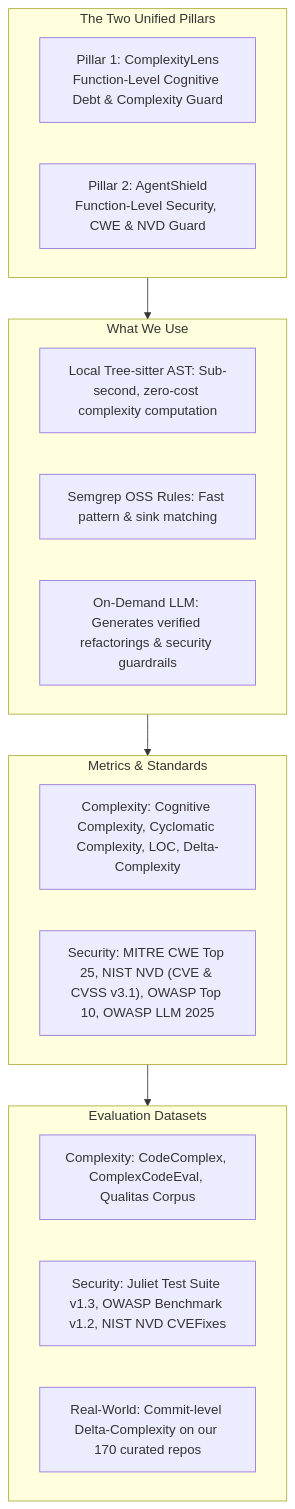
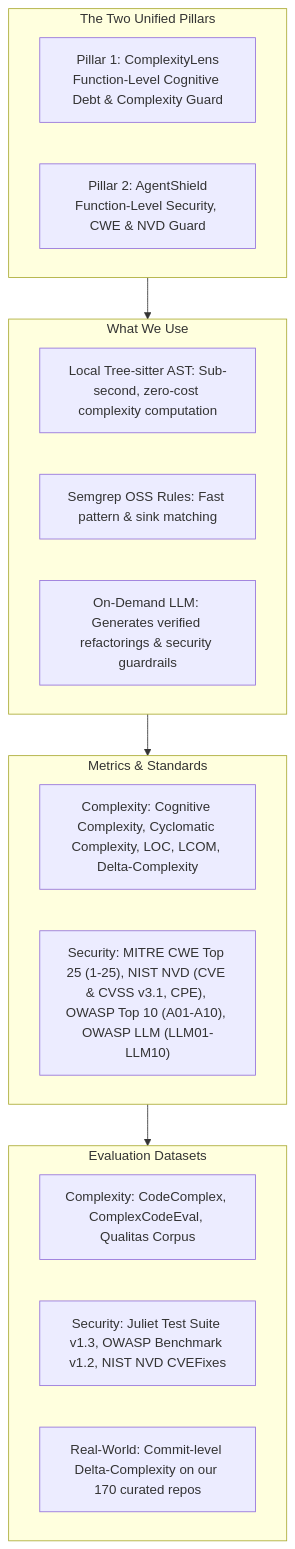
Before and after one commit to Fool-Penguin/Senior-Project: the fourth of 4 diagrams in 01_project_proposals/Final_Combined_Project_Specification.md, drawn with Mermaid. The commit also changed other lines of this file, not shown here.

Commit message:
docs: expand metrics suite, add technical methodology, and itemize CWE Top 25, NVD, and OWASP standards

````diff
--- a/01_project_proposals/Final_Combined_Project_Specification.md
+++ b/01_project_proposals/Final_Combined_Project_Specification.md
@@ -176,26 +287,26 @@
 ```mermaid
 flowchart TD
     subgraph CorePillars ["The Two Unified Pillars"]
         P1["Pillar 1: ComplexityLens<br/>Function-Level Cognitive Debt & Complexity Guard"]
         P2["Pillar 2: AgentShield<br/>Function-Level Security, CWE & NVD Guard"]
     end
 
     subgraph TheTech ["What We Use"]
         T1["Local Tree-sitter AST: Sub-second, zero-cost complexity computation"]
         T2["Semgrep OSS Rules: Fast pattern & sink matching"]
         T3["On-Demand LLM: Generates verified refactorings & security guardrails"]
     end
 
     subgraph TheMetrics ["Metrics & Standards"]
-        M1["Complexity: Cognitive Complexity, Cyclomatic Complexity, LOC, Delta-Complexity"]
-        M2["Security: MITRE CWE Top 25, NIST NVD (CVE & CVSS v3.1), OWASP Top 10, OWASP LLM 2025"]
+        M1["Complexity: Cognitive Complexity, Cyclomatic Complexity, LOC, LCOM, Delta-Complexity"]
+        M2["Security: MITRE CWE Top 25 (1-25), NIST NVD (CVE & CVSS v3.1, CPE), OWASP Top 10 (A01-A10), OWASP LLM (LLM01-LLM10)"]
     end
 
     subgraph TheEvaluation ["Evaluation Datasets"]
         E1["Complexity: CodeComplex, ComplexCodeEval, Qualitas Corpus"]
         E2["Security: Juliet Test Suite v1.3, OWASP Benchmark v1.2, NIST NVD CVEFixes"]
         E3["Real-World: Commit-level Delta-Complexity on our 170 curated repos"]
     end
 
     CorePillars --> TheTech --> TheMetrics --> TheEvaluation
 ```
````
